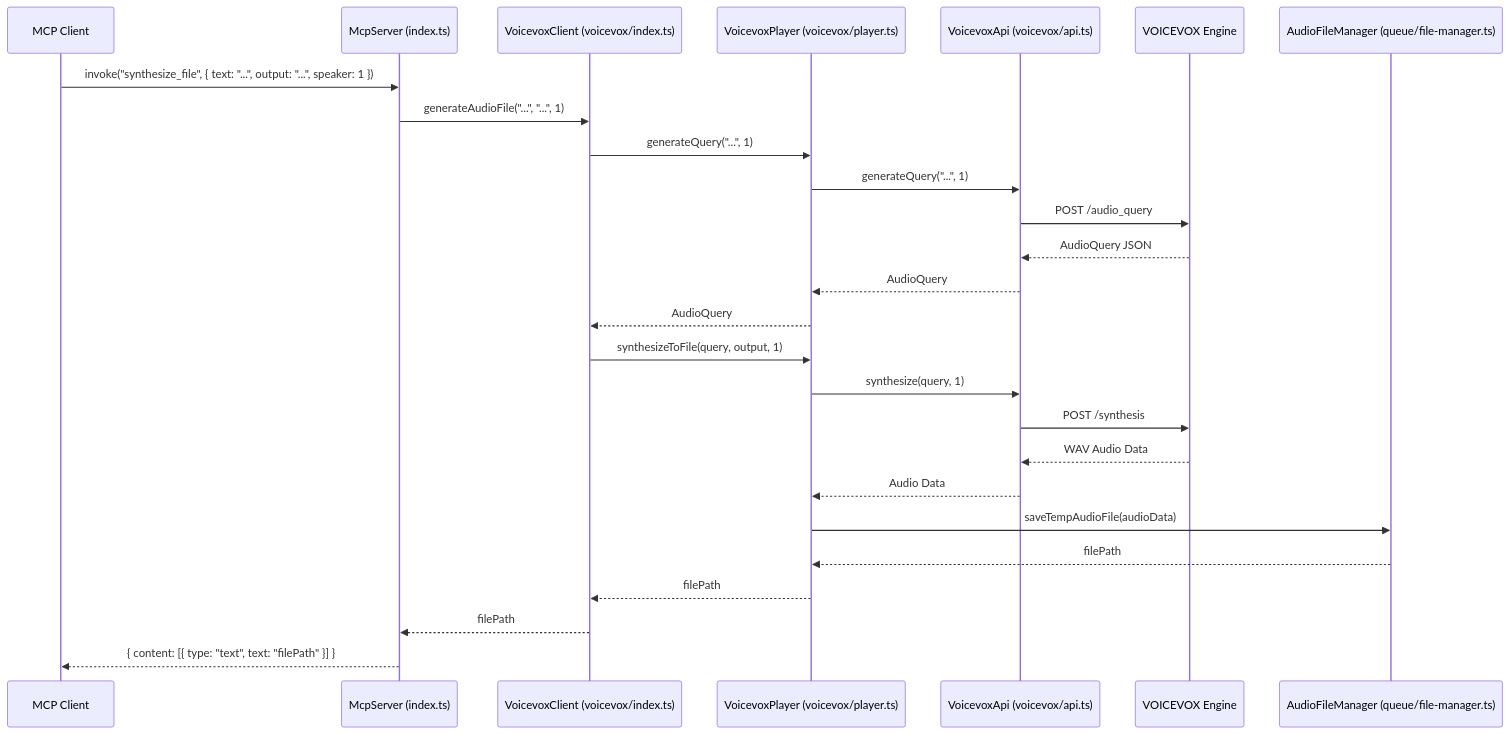
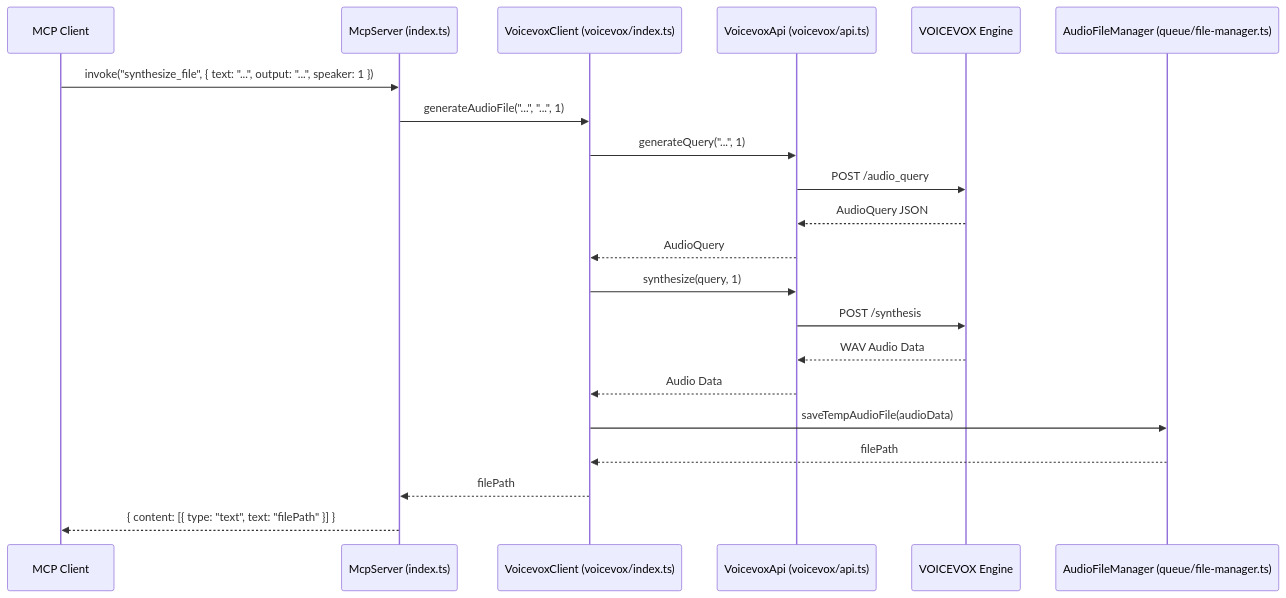
One commit to nichiki/mcp-tts-voicevox changed the third of 6 diagrams in docs/diagrams.md. Above: the diagram before and after it, drawn with Mermaid. The commit also changed other lines of this file, not shown here.

````diff
--- a/docs/diagrams.md
+++ b/docs/diagrams.md
@@ -88,32 +80,27 @@
 ```mermaid
 sequenceDiagram
     participant Client as MCP Client
     participant Server as McpServer (index.ts)
     participant VClient as VoicevoxClient (voicevox/index.ts)
-    participant VPlayer as VoicevoxPlayer (voicevox/player.ts)
     participant VApi as VoicevoxApi (voicevox/api.ts)
     participant Engine as VOICEVOX Engine
     participant FileManager as AudioFileManager (queue/file-manager.ts)
 
     Client->>Server: invoke("synthesize_file", { text: "...", output: "...", speaker: 1 })
     Server->>VClient: generateAudioFile("...", "...", 1)
-    VClient->>VPlayer: generateQuery("...", 1)
-    VPlayer->>VApi: generateQuery("...", 1)
+    VClient->>VApi: generateQuery("...", 1)
     VApi->>Engine: POST /audio_query
     Engine-->>VApi: AudioQuery JSON
-    VApi-->>VPlayer: AudioQuery
-    VPlayer-->>VClient: AudioQuery
+    VApi-->>VClient: AudioQuery
     
-    VClient->>VPlayer: synthesizeToFile(query, output, 1)
-    VPlayer->>VApi: synthesize(query, 1)
+    VClient->>VApi: synthesize(query, 1)
     VApi->>Engine: POST /synthesis
     Engine-->>VApi: WAV Audio Data
-    VApi-->>VPlayer: Audio Data
+    VApi-->>VClient: Audio Data
     
-    VPlayer->>FileManager: saveTempAudioFile(audioData)
-    FileManager-->>VPlayer: filePath
+    VClient->>FileManager: saveTempAudioFile(audioData)
+    FileManager-->>VClient: filePath
     
-    VPlayer-->>VClient: filePath
     VClient-->>Server: filePath
     Server-->>Client: { content: [{ type: "text", text: "filePath" }] }
 ```
````
